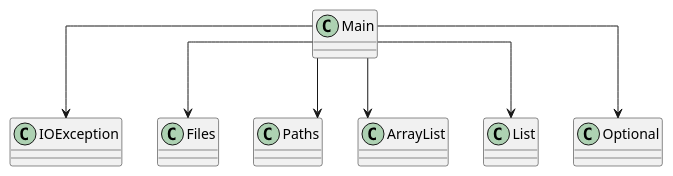
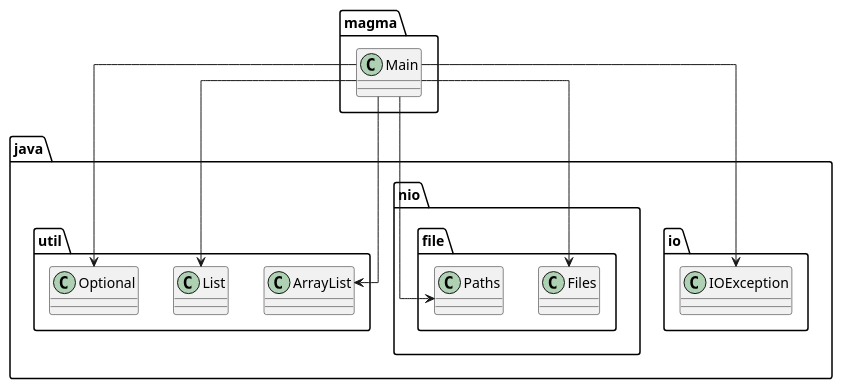
One commit to SirMathhman/Magma changed the diagram in diagram.puml. Above: the diagram before and after it, drawn with PlantUML. The commit also changed 2 other files, not shown here.

```diff
--- a/diagram.puml
+++ b/diagram.puml
@@ -1,10 +1,10 @@
 @startuml
 skinparam linetype ortho
-class Main
-Main --> IOException
-Main --> Files
-Main --> Paths
-Main --> ArrayList
-Main --> List
-Main --> Optional
+class magma.Main
+magma.Main --> java.io.IOException
+magma.Main --> java.nio.file.Files
+magma.Main --> java.nio.file.Paths
+magma.Main --> java.util.ArrayList
+magma.Main --> java.util.List
+magma.Main --> java.util.Optional
 @enduml
```
